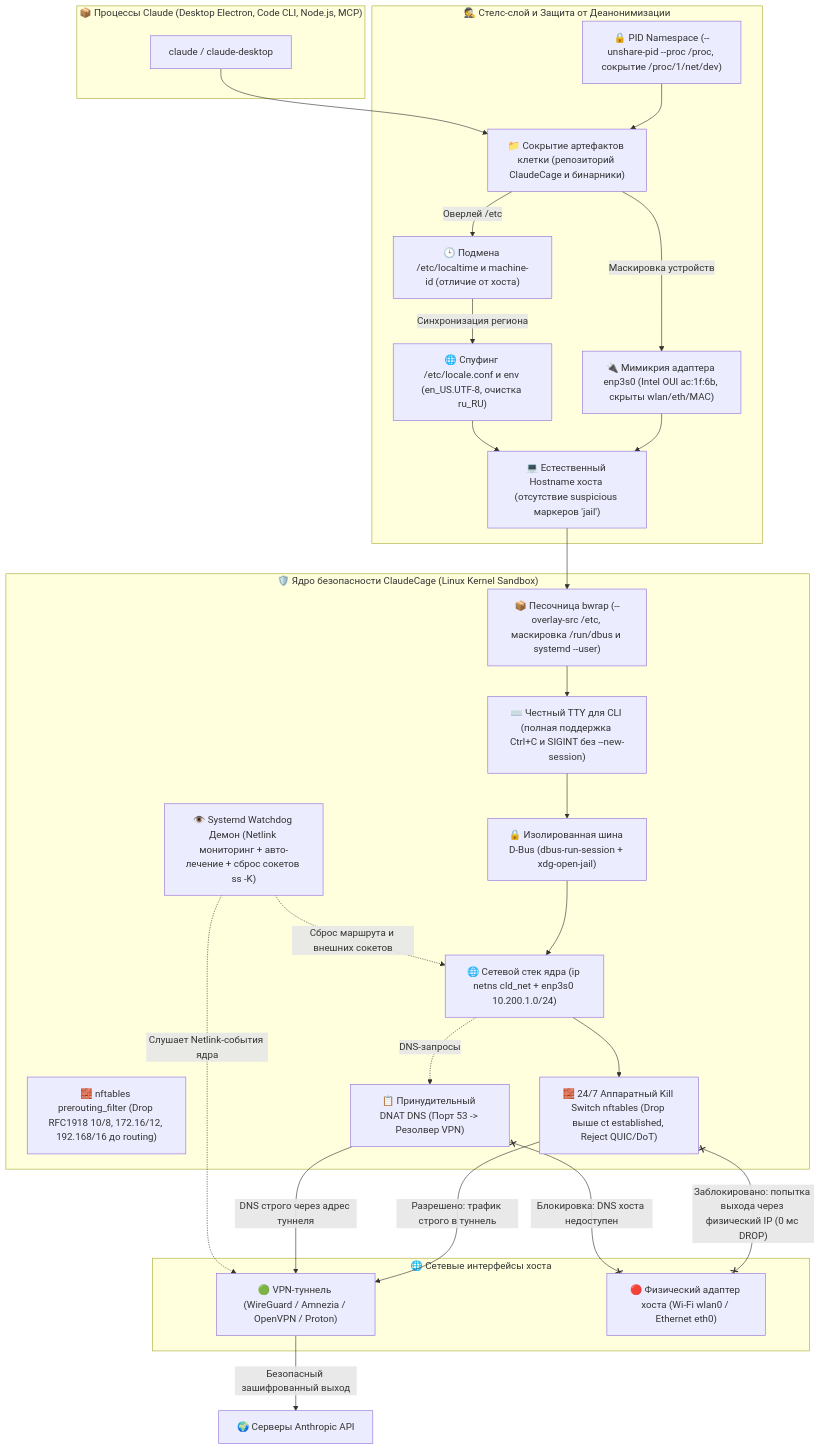
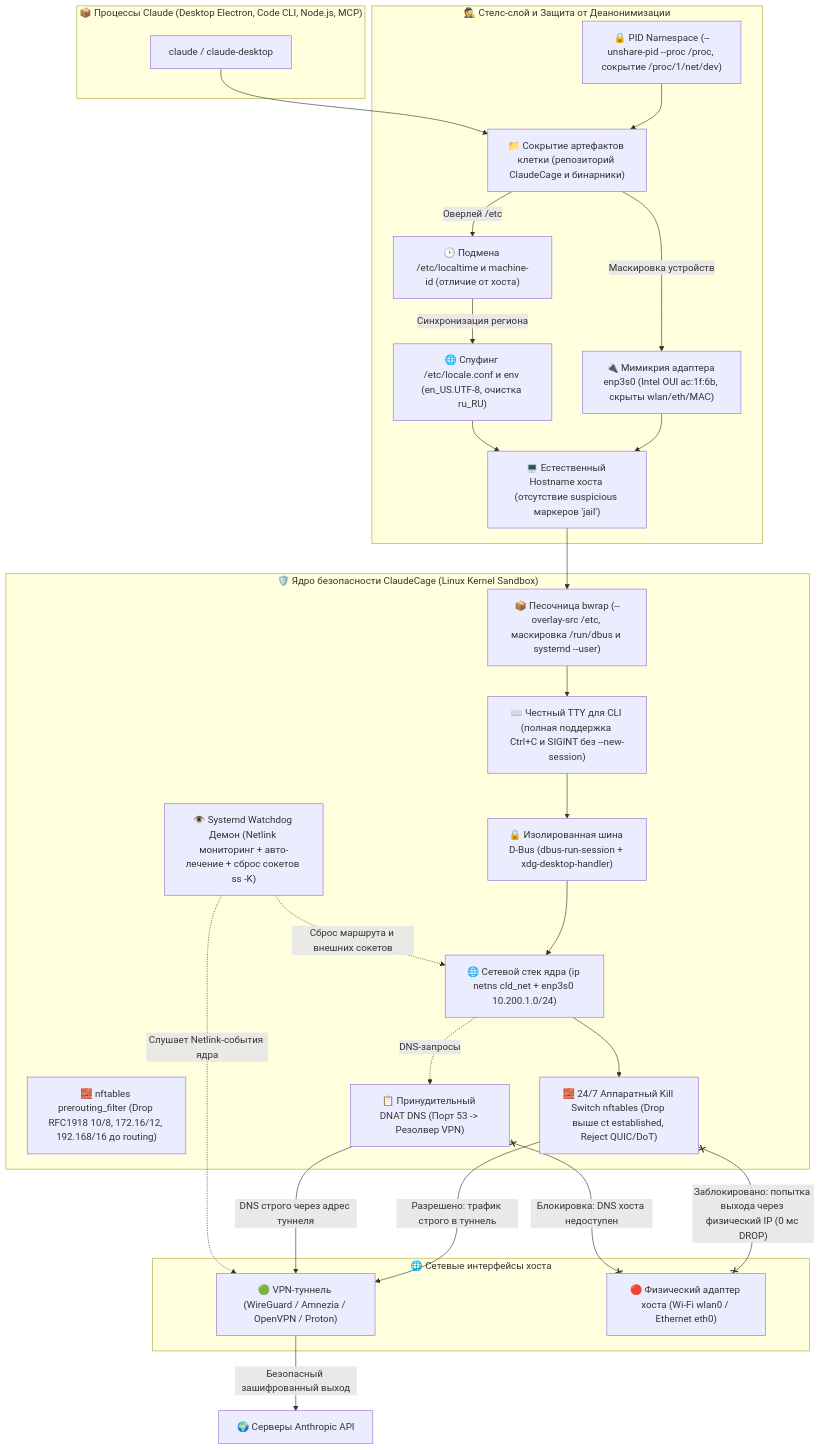
One commit to NikitaLozinsky/ClaudeCage_Linux changed the diagram in README.md. Above: the diagram before and after it, drawn with Mermaid. The commit also changed other lines of this file and 16 other files, not shown here.

````diff
--- a/README.md
+++ b/README.md
@@ -17,52 +17,52 @@
 ```mermaid
 flowchart TD
     subgraph App["📦 Процессы Claude (Desktop Electron, Code CLI, Node.js, MCP)"]
         CL["claude / claude-desktop"]
     end
 
     subgraph Stealth["🕵️ Стелс-слой и Защита от Деанонимизации"]
         PID_HIDE["🔒 PID Namespace (--unshare-pid --proc /proc, сокрытие /proc/1/net/dev)"]
         HIDE["📁 Сокрытие артефактов клетки (репозиторий ClaudeCage и бинарники)"]
         NET_HIDE["🔌 Мимикрия адаптера enp3s0 (Intel OUI ac:1f:6b, скрыты wlan/eth/MAC)"]
         TZ_SPOOF["🕒 Подмена /etc/localtime и machine-id (отличие от хоста)"]
         LOC_SPOOF["🌐 Спуфинг /etc/locale.conf и env (en_US.UTF-8, очистка ru_RU)"]
         HOST_KEEP["💻 Естественный Hostname хоста (отсутствие suspicious маркеров 'jail')"]
 
         PID_HIDE --> HIDE
         HIDE -->|"Маскировка устройств"| NET_HIDE
         HIDE -->|"Оверлей /etc"| TZ_SPOOF
         TZ_SPOOF -->|"Синхронизация региона"| LOC_SPOOF
         NET_HIDE --> HOST_KEEP
         LOC_SPOOF --> HOST_KEEP
     end
 
     subgraph Defense["🛡️ Ядро безопасности ClaudeCage (Linux Kernel Sandbox)"]
         BWRAP["📦 Песочница bwrap (--overlay-src /etc, маскировка /run/dbus и systemd --user)"]
         TTY_FIX["⌨️ Честный TTY для CLI (полная поддержка Ctrl+C и SIGINT без --new-session)"]
-        DBUS["🔒 Изолированная шина D-Bus (dbus-run-session + xdg-open-jail)"]
+        DBUS["🔒 Изолированная шина D-Bus (dbus-run-session + xdg-desktop-handler)"]
         NETNS["🌐 Сетевой стек ядра (ip netns cld_net + enp3s0 10.200.1.0/24)"]
         NFT_RAW["🧱 nftables prerouting_filter (Drop RFC1918 10/8, 172.16/12, 192.168/16 до routing)"]
         NFT["🧱 24/7 Аппаратный Kill Switch nftables (Drop выше ct established, Reject QUIC/DoT)"]
         DNAT["📋 Принудительный DNAT DNS (Порт 53 -> Резолвер VPN)"]
         WD["👁️ Systemd Watchdog Демон (Netlink мониторинг + авто-лечение + сброс сокетов ss -K)"]
     end
 
     subgraph Net["🌐 Сетевые интерфейсы хоста"]
         VPN["🟢 VPN-туннель (WireGuard / Amnezia / OpenVPN / Proton)"]
         ETH["🔴 Физический адаптер хоста (Wi-Fi wlan0 / Ethernet eth0)"]
     end
 
     CL --> HIDE
     HOST_KEEP --> BWRAP --> TTY_FIX --> DBUS --> NETNS --> NFT
     NETNS -.->|"DNS-запросы"| DNAT
 
     NFT -->|"Разрешено: трафик строго в туннель"| VPN
     NFT x--x|"Заблокировано: попытка выхода через физический IP (0 мс DROP)"| ETH
     DNAT -->|"DNS строго через адрес туннеля"| VPN
     DNAT x--x|"Блокировка: DNS хоста недоступен"| ETH
 
     WD -.->|"Слушает Netlink-события ядра"| VPN
     WD -.->|"Сброс маршрута и внешних сокетов"| NETNS
 
     VPN -->|"Безопасный зашифрованный выход"| Internet["🌍 Серверы Anthropic API"]
 ```
````
